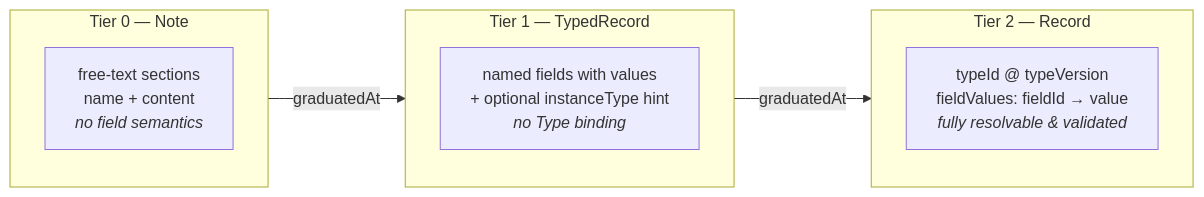
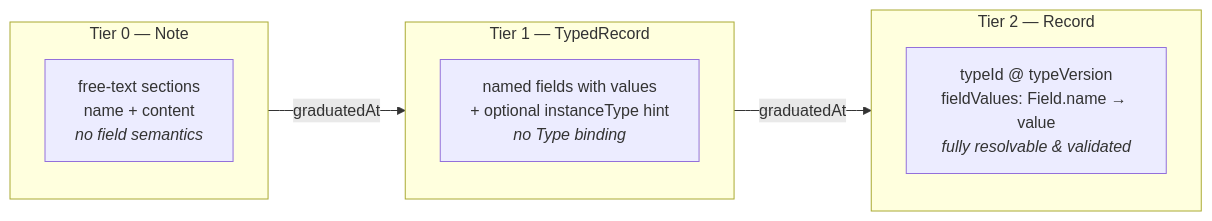
The second of 6 diagrams in docs/overview/concepts.md (the-greenman/srs), drawn with Mermaid before and after one commit. The commit also changed other lines of this file and 22 other files, not shown here.

````diff
--- a/docs/overview/concepts.md
+++ b/docs/overview/concepts.md
@@ -72,13 +72,13 @@
 ```mermaid
 flowchart LR
     subgraph t0["Tier 0 — Note"]
         N["free-text sections<br/>name + content<br/><i>no field semantics</i>"]
     end
     subgraph t1["Tier 1 — TypedRecord"]
         TR["named fields with values<br/>+ optional instanceType hint<br/><i>no Type binding</i>"]
     end
     subgraph t2["Tier 2 — Record"]
-        R["typeId @ typeVersion<br/>fieldValues: fieldId → value<br/><i>fully resolvable & validated</i>"]
+        R["typeId @ typeVersion<br/>fieldValues: Field.name → value<br/><i>fully resolvable & validated</i>"]
     end
     t0 -->|"graduatedAt"| t1 -->|"graduatedAt"| t2
 ```
````
